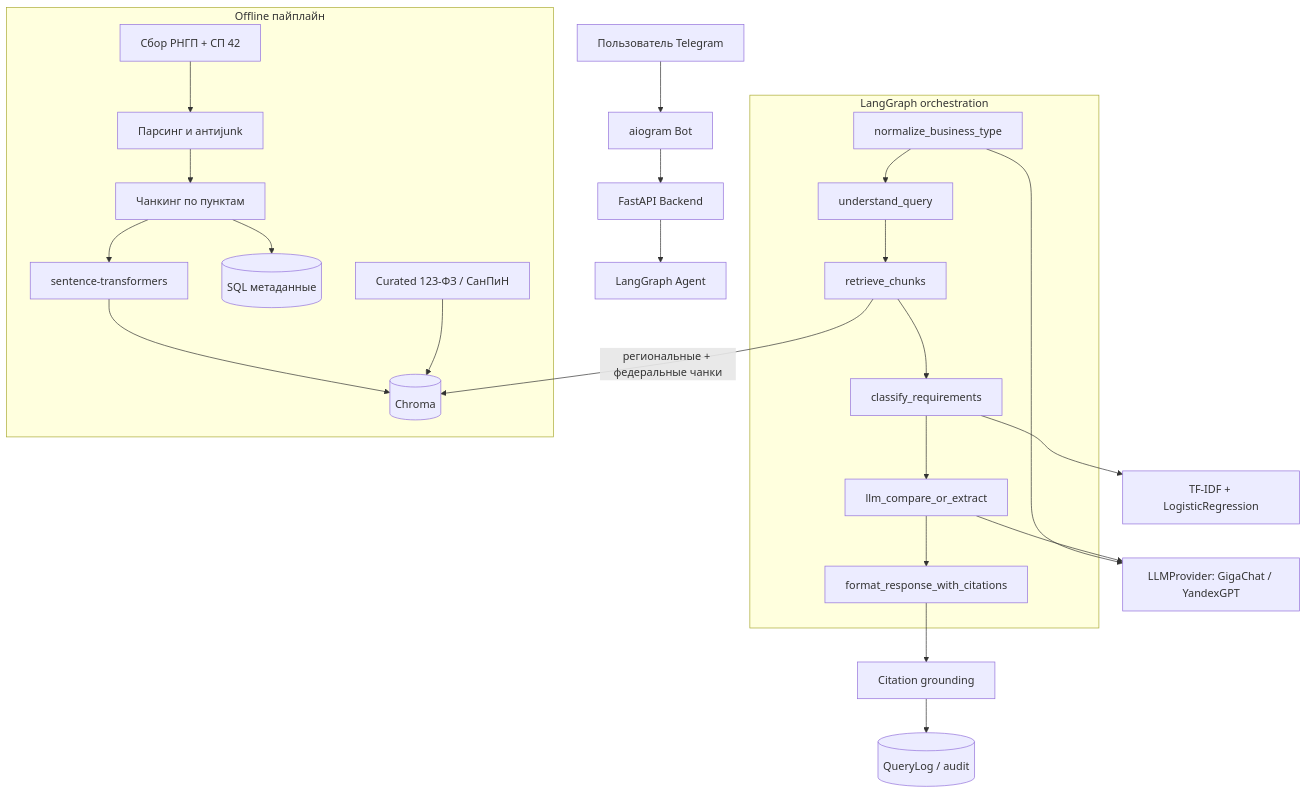
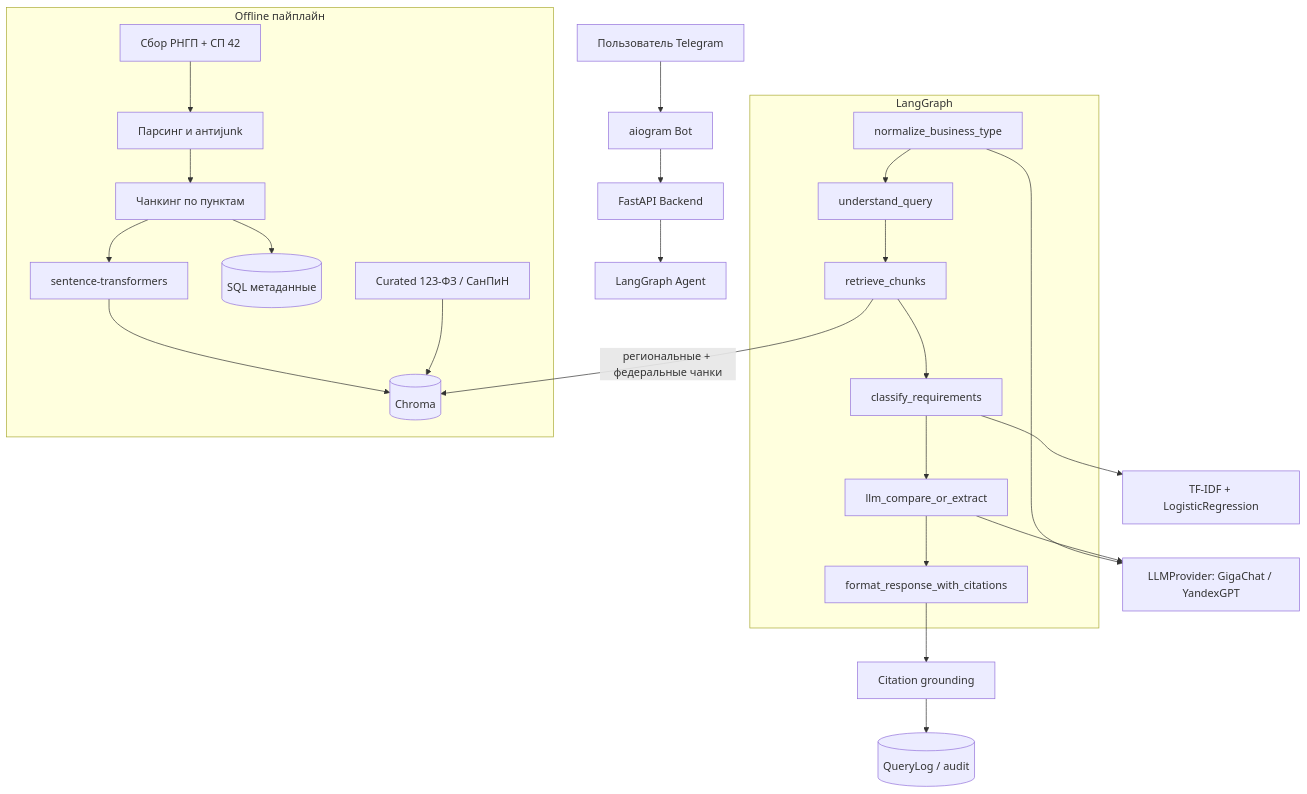
Before and after one commit to NikitaMok/RegioBuild: the diagram in docs/ARCHITECTURE.md, drawn with Mermaid. The commit also changed other lines of this file and 16 other files, not shown here.

````diff
--- a/docs/ARCHITECTURE.md
+++ b/docs/ARCHITECTURE.md
@@ -8,30 +8,30 @@
 ```mermaid
 flowchart TD
     User[Пользователь Telegram] --> Bot[aiogram Bot]
     Bot --> API[FastAPI Backend]
     API --> Agent[LangGraph Agent]
 
-    subgraph AgentFlow [LangGraph orchestration]
+    subgraph AgentFlow [LangGraph]
         N0[normalize_business_type] --> N1[understand_query]
         N1 --> N2[retrieve_chunks]
         N2 --> N3[classify_requirements]
         N3 --> N4[llm_compare_or_extract]
         N4 --> N5[format_response_with_citations]
     end
 
     N0 --> LLMProvider["LLMProvider: GigaChat / YandexGPT"]
     N2 -- "региональные + федеральные чанки" --> VectorDB[(Chroma)]
     N3 --> Classifier["TF-IDF + LogisticRegression"]
     N4 --> LLMProvider
     N5 --> Grounding[Citation grounding]
     Grounding --> QueryLog[(QueryLog / audit)]
 
     subgraph Ingestion [Offline пайплайн]
         Scrape[Сбор РНГП + СП 42] --> Parse[Парсинг и антиjunk]
         Parse --> Chunk[Чанкинг по пунктам]
         Chunk --> Embed[sentence-transformers]
         Embed --> VectorDB
         Chunk --> MetaDB[(SQL метаданные)]
         Curated[Curated 123-ФЗ / СанПиН] --> VectorDB
     end
 ```
````
